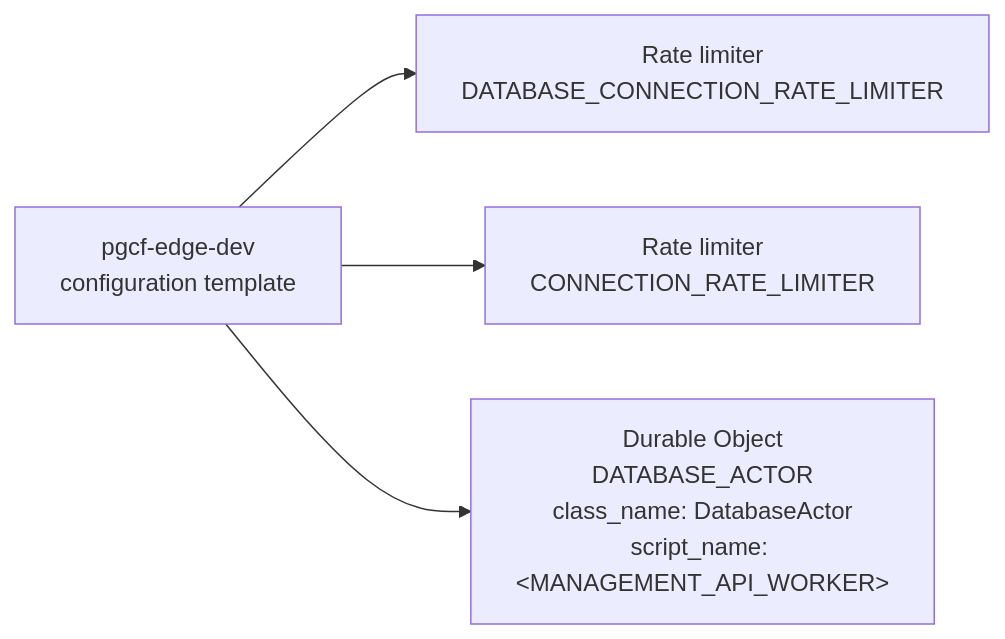
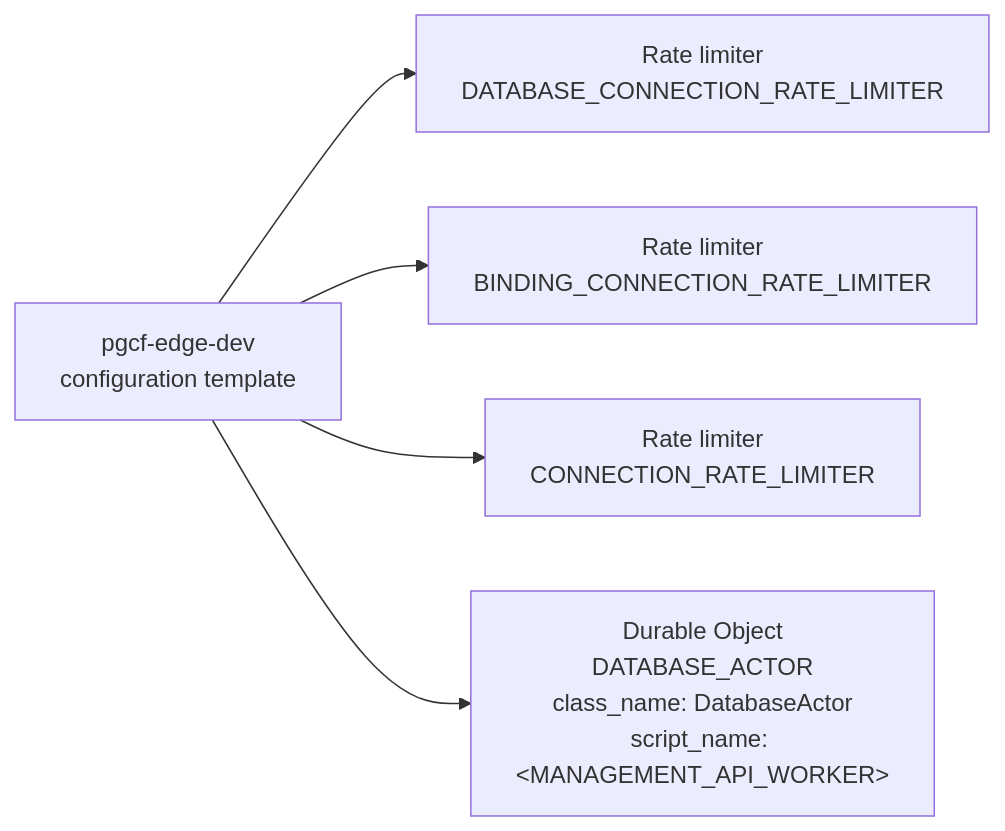
The diagram in docs/architecture/mermaider/edge-resources.mmd (amerged-org/cloudflare-postgres), drawn with Mermaid before and after one commit. The commit also changed 8 other files, not shown here.

First line of the commit message:
feat(edge): give service-binding callers their own limiter budget

```diff
--- a/docs/architecture/mermaider/edge-resources.mmd
+++ b/docs/architecture/mermaider/edge-resources.mmd
@@ -1,8 +1,10 @@
 flowchart LR
     n_f3ab956c59bc["Rate limiter<br/>CONNECTION_RATE_LIMITER"]
+    n_c7ad88ca9d7f["Rate limiter<br/>BINDING_CONNECTION_RATE_LIMITER"]
     n_7b6a90f74db1["pgcf-edge-dev<br/>configuration template"]
     n_3c8077e8f708["Rate limiter<br/>DATABASE_CONNECTION_RATE_LIMITER"]
     n_02b18227568e["Durable Object<br/>DATABASE_ACTOR<br/>class_name: DatabaseActor<br/>script_name: #60;MANAGEMENT_API_WORKER#62;"]
     n_7b6a90f74db1 --> n_3c8077e8f708
+    n_7b6a90f74db1 --> n_c7ad88ca9d7f
     n_7b6a90f74db1 --> n_f3ab956c59bc
     n_7b6a90f74db1 --> n_02b18227568e
```
